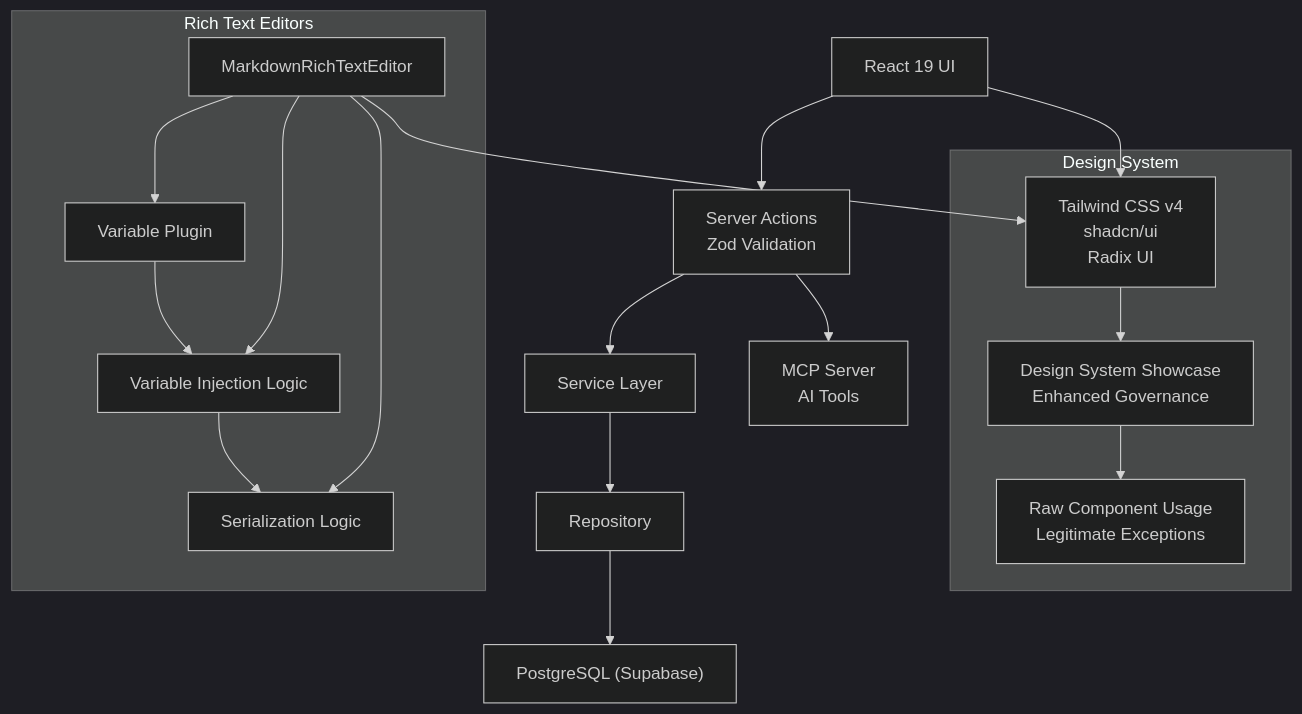
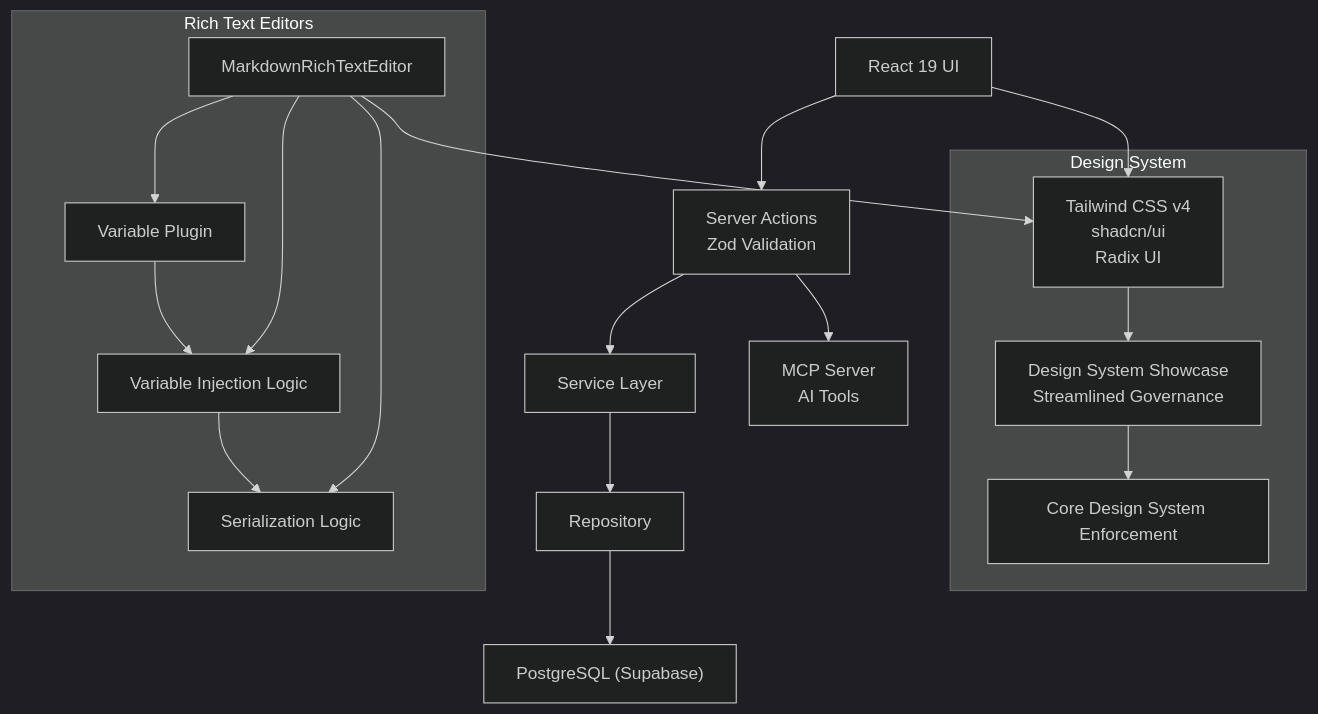
Before and after one commit to SinesysTech/zattar-os: the second of 11 diagrams in .qoder/repowiki/en/content/Development Guide/Development Guide.md, drawn with Mermaid (dark theme). The commit also changed other lines of this file and 103 other files, not shown here.

````diff
--- a/.qoder/repowiki/en/content/Development Guide/Development Guide.md
+++ b/.qoder/repowiki/en/content/Development Guide/Development Guide.md
@@ -148,28 +148,28 @@
 ```mermaid
 graph TB
 UI["React 19 UI"] --> SA["Server Actions<br/>Zod Validation"]
 SA --> SVC["Service Layer"]
 SVC --> REP["Repository"]
 REP --> DB["PostgreSQL (Supabase)"]
 SA --> MCP["MCP Server<br/>AI Tools"]
 subgraph "Rich Text Editors"
 RE["MarkdownRichTextEditor"]
 VP["Variable Plugin"]
 INJ["Variable Injection Logic"]
 SER["Serialization Logic"]
 RE --> VP
 RE --> INJ
 RE --> SER
 VP --> INJ
 INJ --> SER
 end
 subgraph "Design System"
 DS["Tailwind CSS v4<br/>shadcn/ui<br/>Radix UI"]
-DSESC["Design System Showcase<br/>Enhanced Governance"]
-ENDS["Raw Component Usage<br/>Legitimate Exceptions"]
+DSESC["Design System Showcase<br/>Streamlined Governance"]
+ENDS["Core Design System Enforcement"]
 end
 UI --> DS
 DS --> DSESC
 DSESC --> ENDS
 RE --> DS
 ```
````
